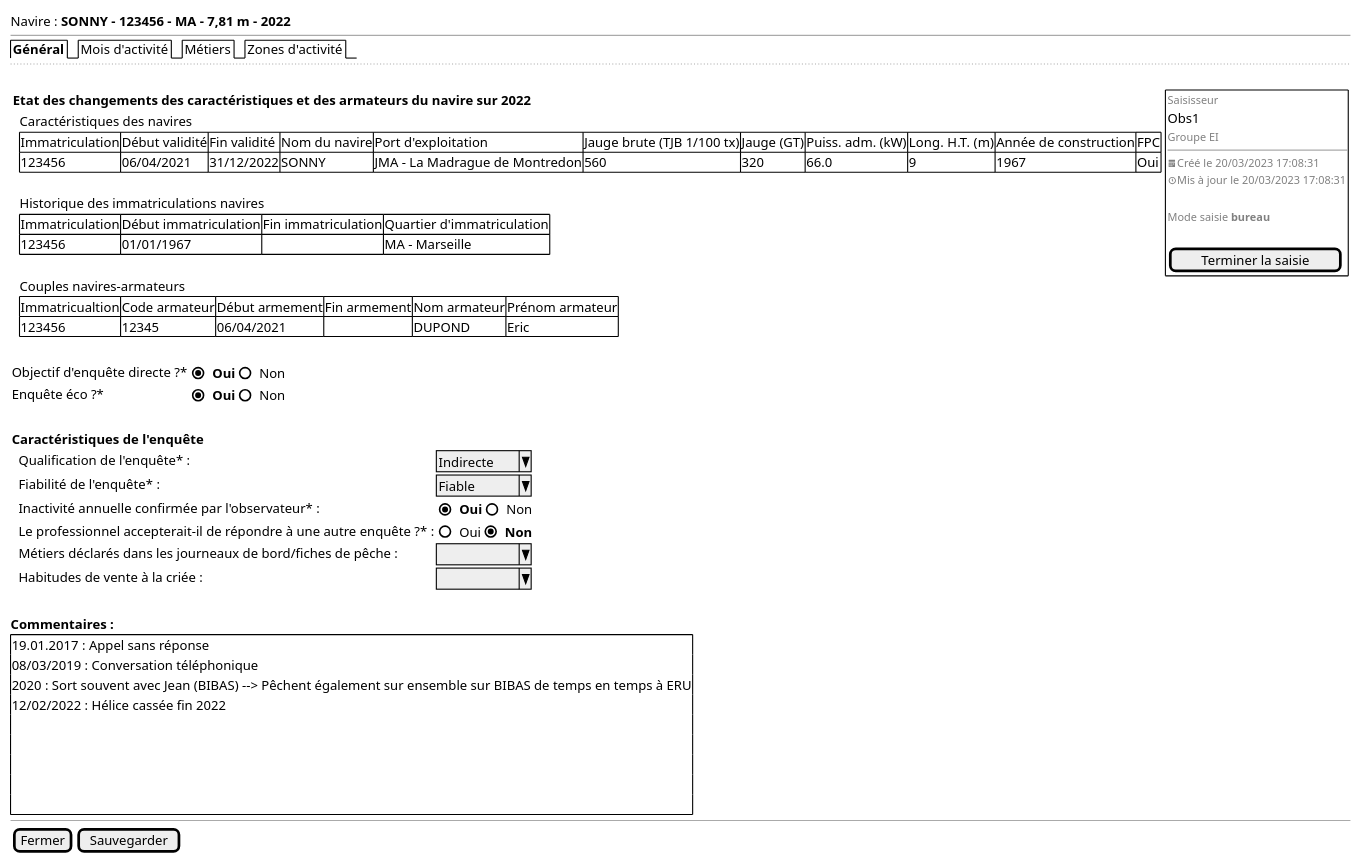
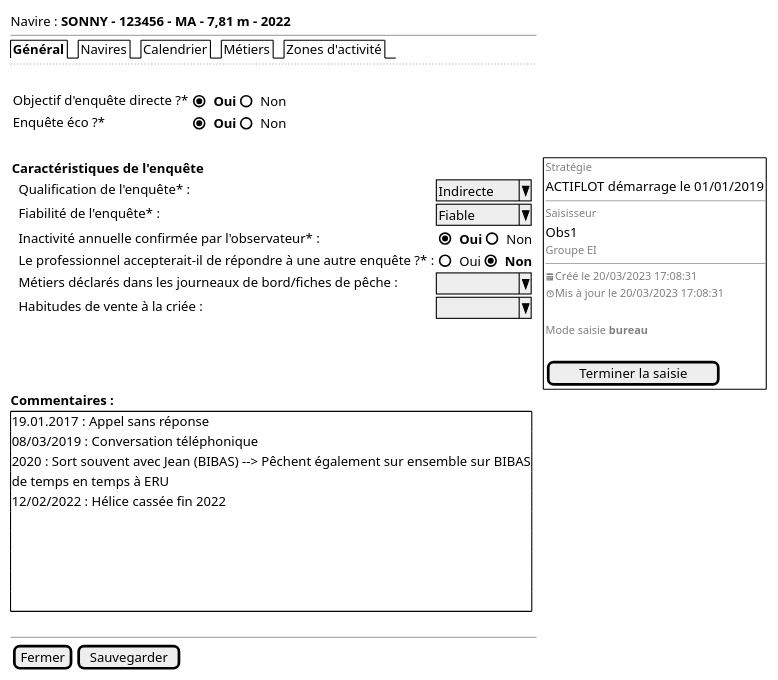
Before and after one commit to sumaris-net/sumaris-doc: the diagram in projects/activity-calendar/spe/images/activity-calendar-new-general.puml, drawn with PlantUML. The commit also changed 10 other files, not shown here.

```diff
--- a/projects/activity-calendar/spe/images/activity-calendar-new-general.puml
+++ b/projects/activity-calendar/spe/images/activity-calendar-new-general.puml
@@ -1,70 +1,55 @@
 @startsalt
 {
   Navire : <b>SONNY - 123456 - MA - 7,81 m - 2022
   --
-  {/ <b>Général | Mois d'activité | Métiers | Zones d'activité}
+  {/ <b>Général | Navires | Calendrier | Métiers | Zones d'activité}
   ..
   .
   {{
-  <b>Etat des changements des caractéristiques et des armateurs du navire sur 2022
-    {
-    . | Caractéristiques des navires
-    . | {# Immatriculation | Début validité | Fin validité | Nom du navire | Port d'exploitation | Jauge brute (TJB 1/100 tx) | Jauge (GT) | Puiss. adm. (kW) | Long. H.T. (m) | Année de construction | FPC
-       123456 | 06/04/2021 | 31/12/2022 | SONNY | JMA - La Madrague de Montredon | 560 | 320 | 66.0 | 9 | 1967 | Oui}
-    .
-
-    . | Historique des immatriculations navires
-    . | {# Immatriculation | Début immatriculation | Fin immatriculation | Quartier d'immatriculation
-       123456 | 01/01/1967 | . | MA - Marseille}
-    .
-
-    . | Couples navires-armateurs
-    . | {# Immatricualtion | Code armateur | Début armement | Fin armement | Nom armateur | Prénom armateur
-       123456 | 12345 | 06/04/2021 | . | DUPOND | Eric}
-    }
-  }|{+
-                   { <font color=grey size=10>Saisisseur
-                   Obs1
-                   <font color=grey size=10>Groupe EI
-                   --
-                   <font color=grey size=10><&calendar>Créé le 20/03/2023 17:08:31
-                   <font color=grey size=10><&clock>Mis à jour le 20/03/2023 17:08:31
-                   .
-                   <font color=grey size=10>Mode saisie <b>bureau
-                   .
-                   [ Terminer la saisie]
-                   }}}
-  .
-  {
     Objectif d'enquête directe ?* | { (X) <b>Oui | () Non }
-    Enquête éco ?* | { (X) <b>Oui | () Non }
+    Enquête éco ?* | { (X) <b>Oui | () Non }} |
   }
   .
   {
   <b>Caractéristiques de l'enquête
      {
      . | Qualification de l'enquête* : | ^Indirecte^
      . | Fiabilité de l'enquête* : | ^Fiable   ^
      . | Inactivité annuelle confirmée par l'observateur* : | { (X) <b>Oui | () Non }
      . | Le professionnel accepterait-il de répondre à une autre enquête ?* : | { () Oui | (X) <b>Non }
      . | Métiers déclarés dans les journeaux de bord/fiches de pêche : | ^         ^
      . | Habitudes de vente à la criée : | ^         ^
      }
-  }
+  } . {+
+                           {
+                           <font color=grey size=10>Stratégie
+                           ACTIFLOT démarrage le 01/01/2019
+                           --
+                           <font color=grey size=10>Saisisseur
+                           Obs1
+                           <font color=grey size=10>Groupe EI
+                           --
+                           <font color=grey size=10><&calendar>Créé le 20/03/2023 17:08:31
+                           <font color=grey size=10><&clock>Mis à jour le 20/03/2023 17:08:31
+                           .
+                           <font color=grey size=10>Mode saisie <b>bureau
+                           .
+                           [ Terminer la saisie]
+                           }}
+    <b>Commentaires :
+         {+ 19.01.2017 : Appel sans réponse
+            08/03/2019 : Conversation téléphonique
+            2020 : Sort souvent avec Jean (BIBAS) --> Pêchent également sur ensemble sur BIBAS
+            de temps en temps à ERU
+            12/02/2022 : Hélice cassée fin 2022
+            .
+            .
+            .
+            .
+            .
+         }
   .
-  <b>Commentaires :
-       {+ 19.01.2017 : Appel sans réponse
-          08/03/2019 : Conversation téléphonique
-          2020 : Sort souvent avec Jean (BIBAS) --> Pêchent également sur ensemble sur BIBAS de temps en temps à ERU
-          12/02/2022 : Hélice cassée fin 2022
-          .
-          .
-          .
-          .
-          .
-       }
-
   --
   { [Fermer] | [Sauvegarder] }
 }
 @endsalt
```
